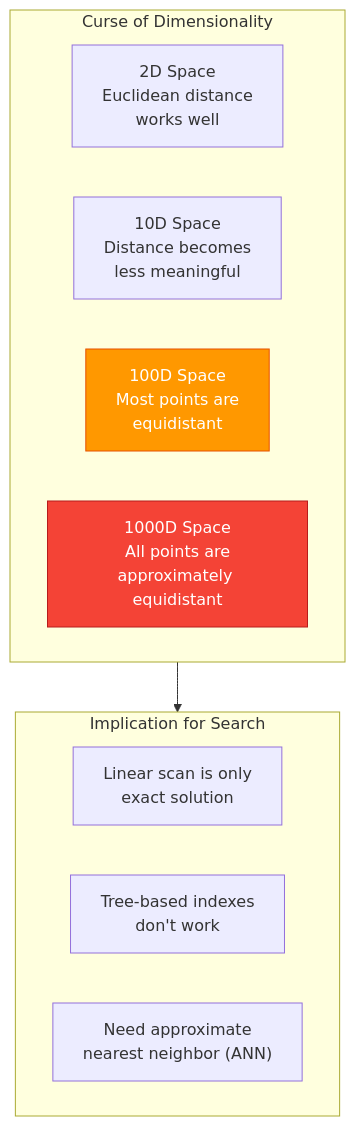
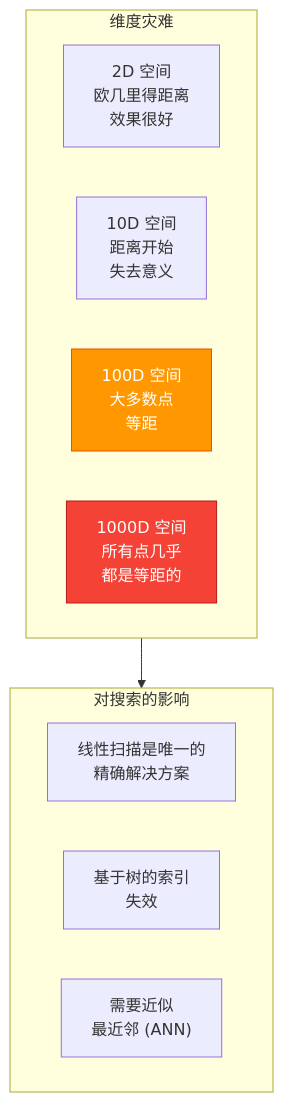
The second of 14 diagrams in i18n/zh-Hans/docusaurus-plugin-content-docs/current/ai/rag/03-index.mdx (YiWang24/AiDIY), drawn with Mermaid before and after one commit. The commit also changed other lines of this file and 59 other files, not shown here.

````diff
--- a/i18n/zh-Hans/docusaurus-plugin-content-docs/current/ai/rag/03-index.mdx
+++ b/i18n/zh-Hans/docusaurus-plugin-content-docs/current/ai/rag/03-index.mdx
@@ -90,20 +90,20 @@
 ```mermaid
 flowchart TB
-    subgraph DimensionProblem["Curse of Dimensionality"]
-        D2["2D Space<br/>Euclidean distance<br/>works well"]
-        D10["10D Space<br/>Distance becomes<br/>less meaningful"]
-        D100["100D Space<br/>Most points are<br/>equidistant"]
-        D1000["1000D Space<br/>All points are<br/>approximately equidistant"]
+    subgraph DimensionProblem["维度灾难"]
+        D2["2D 空间<br/>欧几里得距离<br/>效果很好"]
+        D10["10D 空间<br/>距离开始<br/>失去意义"]
+        D100["100D 空间<br/>大多数点<br/>等距"]
+        D1000["1000D 空间<br/>所有点几乎<br/>都是等距的"]
     end
 
-    subgraph Implication["Implication for Search"]
-        I1["Linear scan is only<br/>exact solution"]
-        I2["Tree-based indexes<br/>don't work"]
-        I3["Need approximate<br/>nearest neighbor (ANN)"]
+    subgraph Implication["对搜索的影响"]
+        I1["线性扫描是唯一的<br/>精确解决方案"]
+        I2["基于树的索引<br/>失效"]
+        I3["需要近似<br/>最近邻 (ANN)"]
     end
 
     DimensionProblem --> Implication
 
     style D1000 fill:#f44336,stroke:#b71c1c,color:#fff
     style D100 fill:#ff9800,stroke:#e65100,color:#fff
 ```
````
